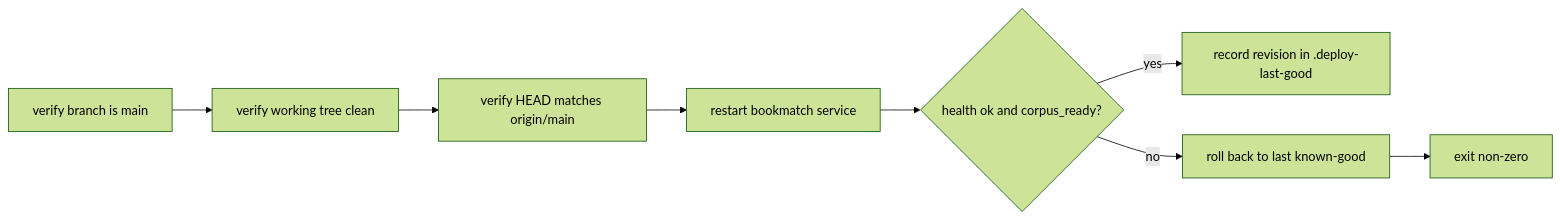
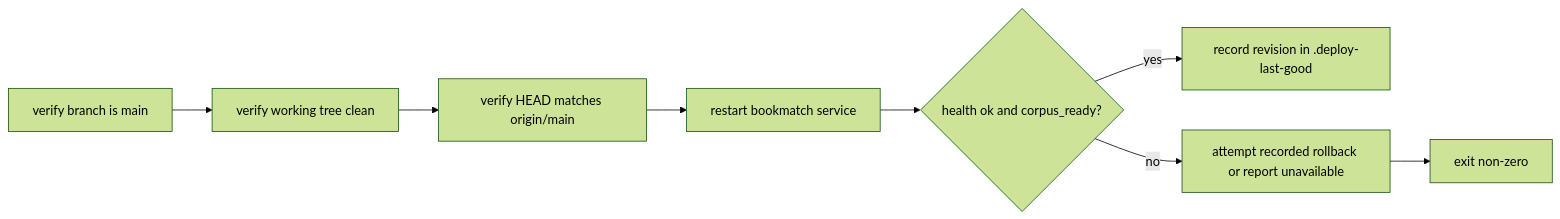
Before and after one commit to cptntrps/bookmatch: the fourth of 4 diagrams in docs/3_WORKFLOWS.md, drawn with Mermaid (forest theme). The commit also changed other lines of this file and 5 other files, not shown here.

````diff
--- a/docs/3_WORKFLOWS.md
+++ b/docs/3_WORKFLOWS.md
@@ -107,10 +114,10 @@
 ```mermaid
 graph LR
     A[verify branch is main] --> B[verify working tree clean]
     B --> C[verify HEAD matches origin/main]
     C --> D[restart bookmatch service]
     D --> E{health ok and corpus_ready?}
     E -- yes --> F[record revision in .deploy-last-good]
-    E -- no --> G[roll back to last known-good]
+    E -- no --> G[attempt recorded rollback or report unavailable]
     G --> H[exit non-zero]
 ```
````
